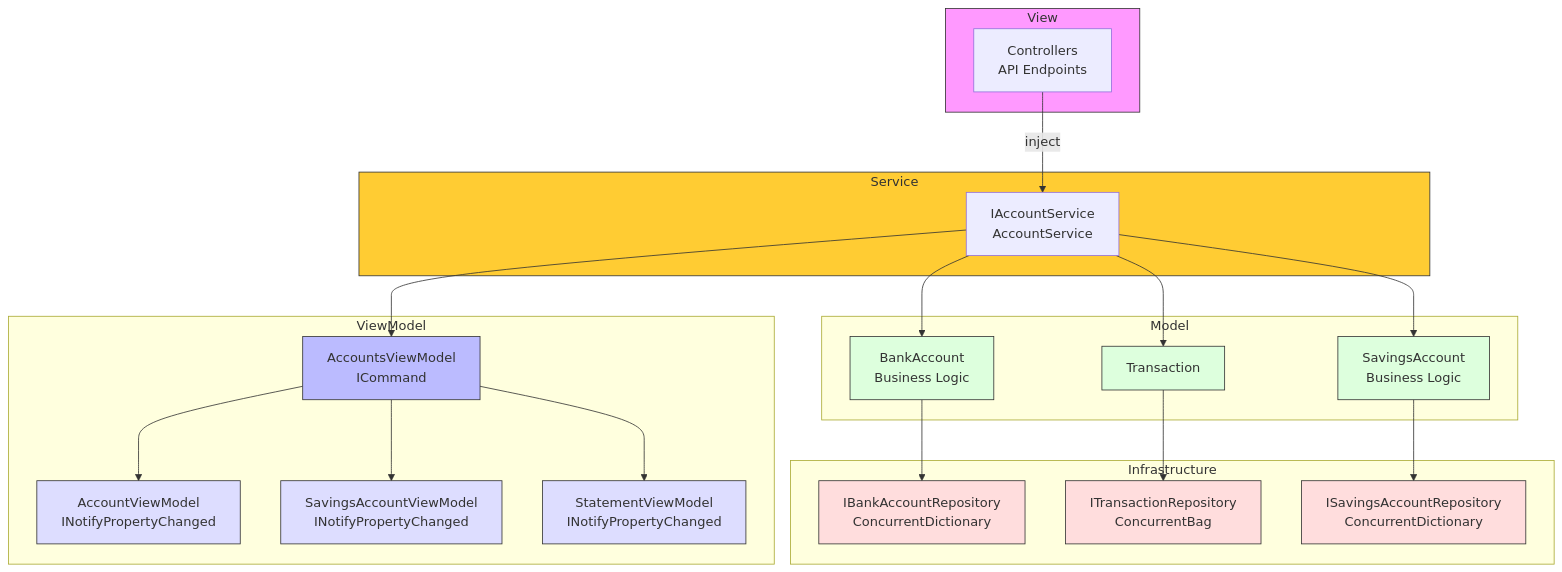
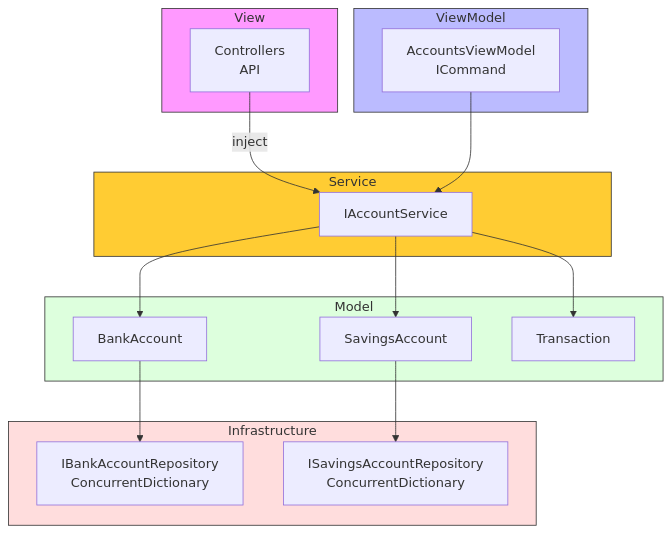
One commit to EL-R1/BankingKata-MVVM changed the first of 2 diagrams in README.md. Above: the diagram before and after it, drawn with Mermaid. The commit also changed other lines of this file, not shown here.

Commit message:
Update README with correct architecture diagrams

````diff
--- a/README.md
+++ b/README.md
@@ -71,56 +55,41 @@
 ```mermaid
 graph TB
     subgraph "View"
-        C[Controllers<br/>API Endpoints]
+        C[Controllers<br/>API]
+    end
+
+    subgraph "Service"
+        AS[IAccountService]
     end
 
     subgraph "ViewModel"
         AVM[AccountsViewModel<br/>ICommand]
-        AV[AccountViewModel<br/>INotifyPropertyChanged]
-        SV[SavingsAccountViewModel<br/>INotifyPropertyChanged]
-        StV[StatementViewModel<br/>INotifyPropertyChanged]
-    end
-
-    subgraph "Service"
-        AS[IAccountService<br/>AccountService]
     end
 
     subgraph "Model"
-        BA[BankAccount<br/>Business Logic]
-        SA[SavingsAccount<br/>Business Logic]
+        BA[BankAccount]
+        SA[SavingsAccount]
         T[Transaction]
     end
 
     subgraph "Infrastructure"
         IBR[IBankAccountRepository<br/>ConcurrentDictionary]
-        ITR[ITransactionRepository<br/>ConcurrentBag]
         ISR[ISavingsAccountRepository<br/>ConcurrentDictionary]
     end
 
     C -->|inject| AS
-    AS --> AVM
-    AVM --> AV
-    AVM --> SV
-    AVM --> StV
-
     AS --> BA
     AS --> SA
     AS --> T
-
+    
     BA --> IBR
     SA --> ISR
-    T --> ITR
+    
+    AVM --> AS
 
     style View fill:#f9f,stroke:#333
     style Service fill:#fc3,stroke:#333
-    style AVM fill:#bbf,stroke:#333
-    style AV fill:#ddf,stroke:#333
-    style SV fill:#ddf,stroke:#333
-    style StV fill:#ddf,stroke:#333
-    style BA fill:#dfd,stroke:#333
-    style SA fill:#dfd,stroke:#333
-    style T fill:#dfd,stroke:#333
-    style IBR fill:#fdd,stroke:#333
-    style ITR fill:#fdd,stroke:#333
-    style ISR fill:#fdd,stroke:#333
+    style ViewModel fill:#bbf,stroke:#333
+    style Model fill:#dfd,stroke:#333
+    style Infrastructure fill:#fdd,stroke:#333
 ```
````
